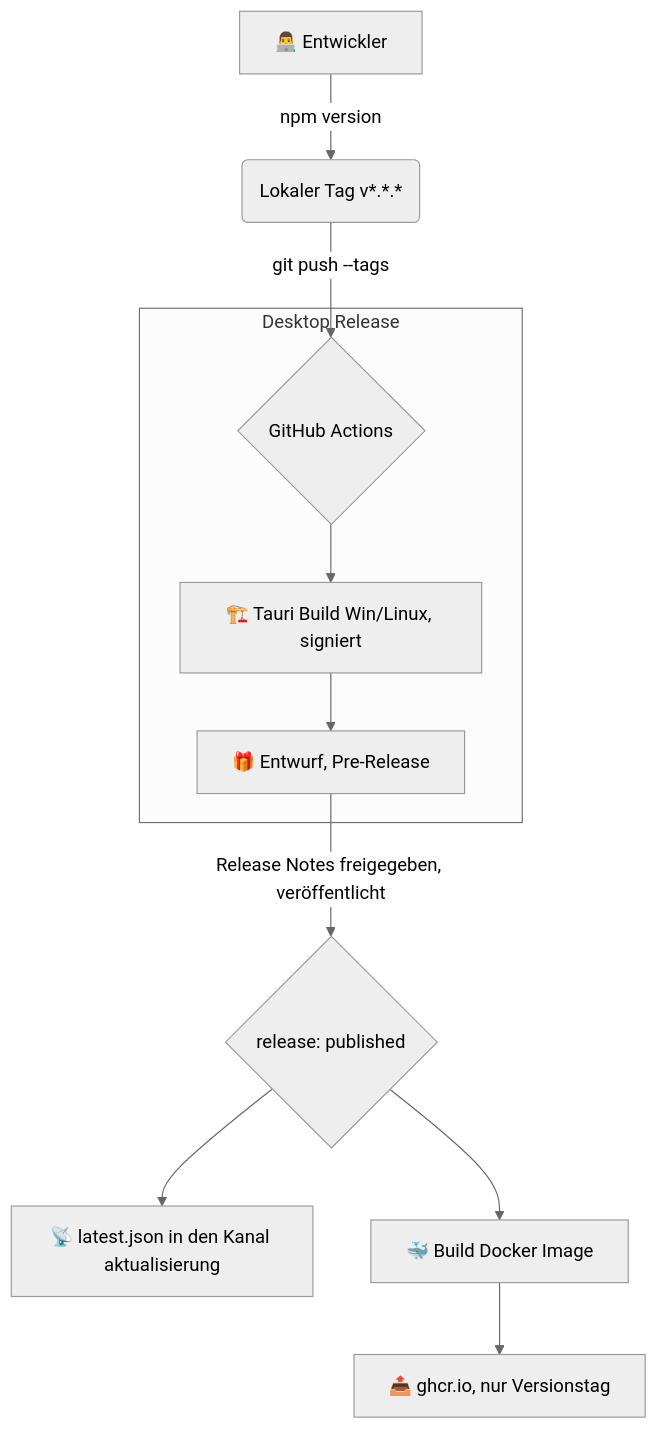
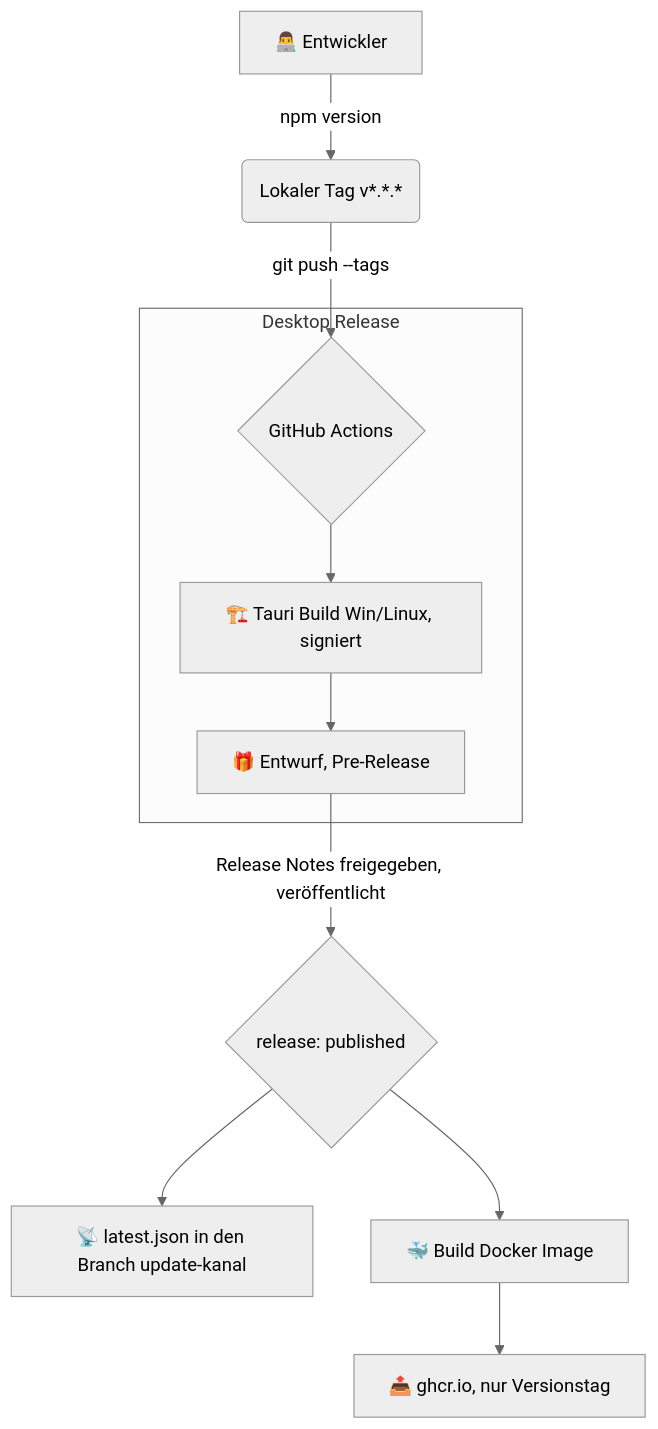
The diagram in docs/operations/release-process.md (koreki-org/koreki), drawn with Mermaid (neutral theme) before and after one commit. The commit also changed other lines of this file and 5 other files, not shown here.

First line of the commit message:
fix(release): Update-Kanal als Branch-Datei statt Release

````diff
--- a/docs/operations/release-process.md
+++ b/docs/operations/release-process.md
@@ -19,15 +19,15 @@
 ```mermaid
 graph TD
     A[👨‍💻 Entwickler] -->|npm version| B(Lokaler Tag v*.*.*)
     B -->|git push --tags| C{GitHub Actions}
     
     subgraph "Desktop Release"
         C --> F[🏗️ Tauri Build Win/Linux, signiert]
         F --> G[🎁 Entwurf, Pre-Release]
     end
 
     G -->|Release Notes freigegeben, veröffentlicht| H{release: published}
-    H --> I[📡 latest.json in den Kanal aktualisierung]
+    H --> I[📡 latest.json in den Branch update-kanal]
     H --> D[🐳 Build Docker Image]
     D --> E[📤 ghcr.io, nur Versionstag]
 ```
````
